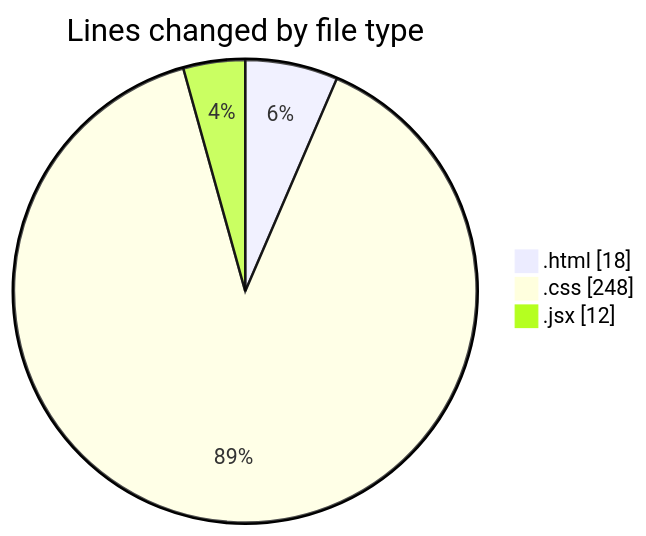
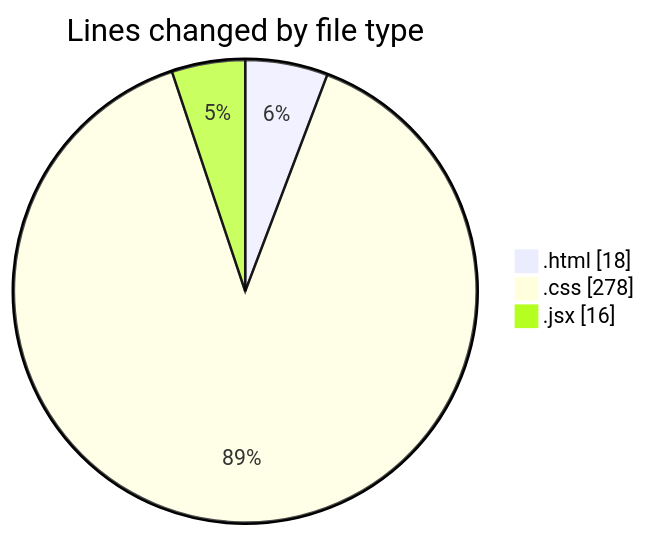
The first of 2 diagrams in 2025-05-26/projects/README.md (Ritupan-Deka/code-tracking), drawn with Mermaid before and after one commit. The commit also changed other lines of this file and 1 other file, not shown here.

````diff
--- a/2025-05-26/projects/README.md
+++ b/2025-05-26/projects/README.md
@@ -23,7 +23,7 @@
 ```mermaid
 pie showData
 title Lines changed by file type
 ".html" : 18
-".css" : 248
-".jsx" : 12
+".css" : 278
+".jsx" : 16
 ```
````
